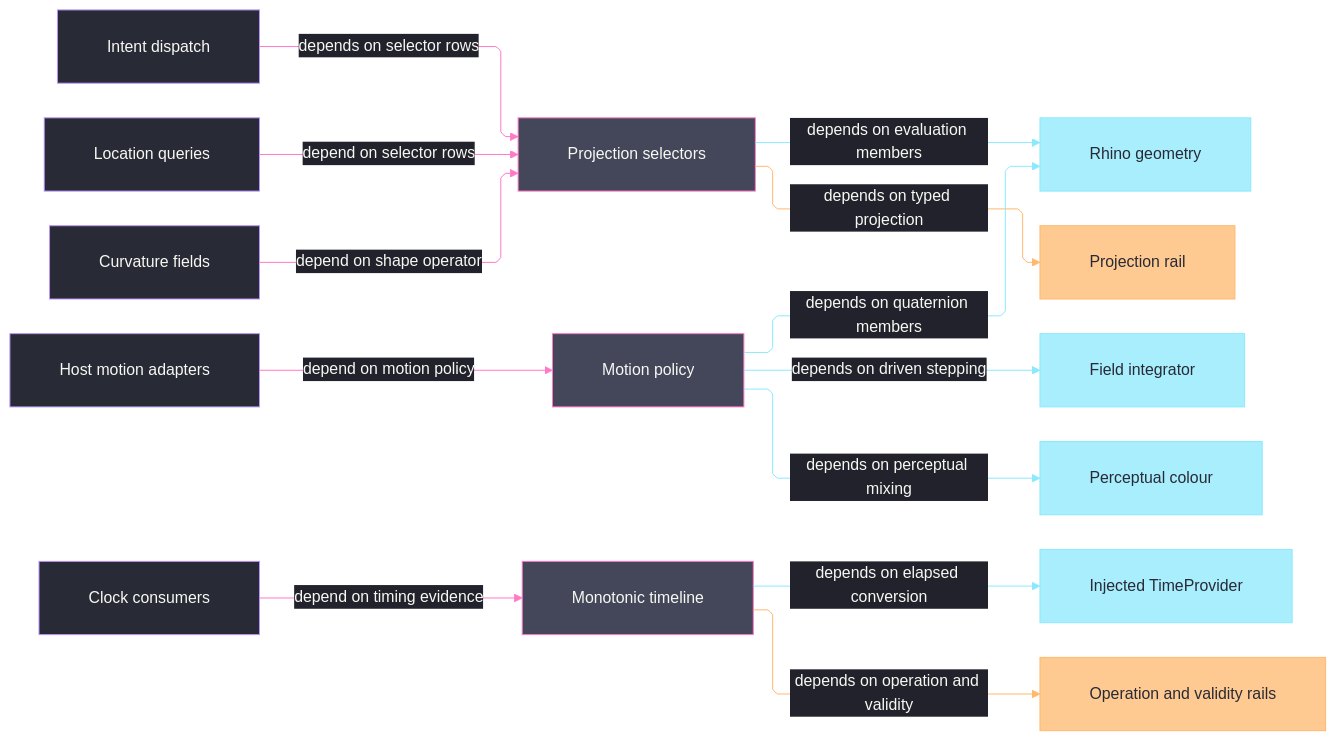
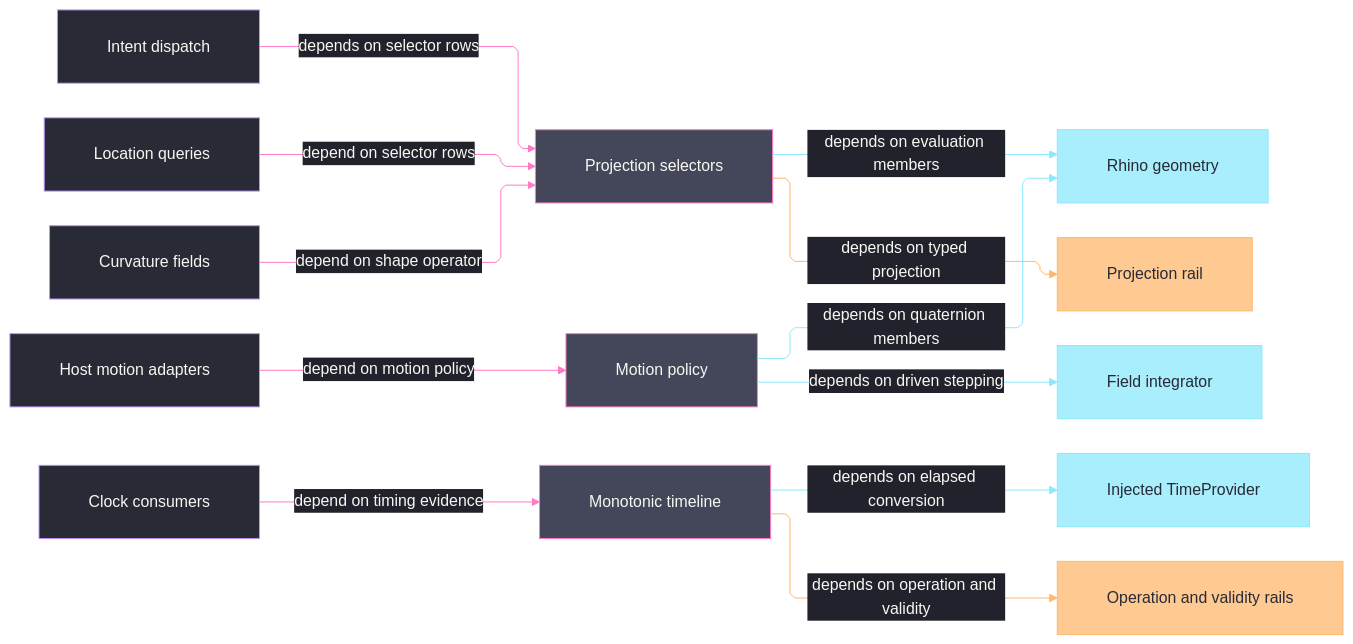
One commit to bsamiee/Rasm changed the diagram in libs/csharp/Rasm/.planning/Parametric/projections.md. Above: the diagram before and after it, drawn with Mermaid. The commit also changed other lines of this file and 95 other files, not shown here.

````diff
--- a/libs/csharp/Rasm/.planning/Parametric/projections.md
+++ b/libs/csharp/Rasm/.planning/Parametric/projections.md
@@ -606,61 +575,60 @@
 ```mermaid
 ---
 config:
   theme: base
   look: classic
   layout: elk
   elk:
     nodePlacementStrategy: NETWORK_SIMPLEX
     considerModelOrder: NODES_AND_EDGES
   flowchart:
     curve: linear
     padding: 25
   themeVariables:
     darkMode: true
     fontFamily: "SF Mono, Menlo, Cascadia Mono, Segoe UI Mono, Consolas, monospace"
     useGradient: false
     dropShadow: "none"
     background: "#282A36"
     primaryColor: "#44475A"
     primaryTextColor: "#F8F8F2"
     primaryBorderColor: "#BD93F9"
     mainBkg: "#44475A"
     nodeBorder: "#BD93F9"
     lineColor: "#FF79C6"
     arrowheadColor: "#FF79C6"
     textColor: "#F8F8F2"
     titleColor: "#D6BCFA"
     clusterBkg: "#21222C"
     clusterBorder: "#D6BCFA"
     edgeLabelBackground: "#21222C"
     labelBackgroundColor: "#21222C"
   themeCSS: ".nodeLabel{font-size:13px;font-weight:500}.edgeLabel{font-size:12px;font-weight:500}.cluster-label .nodeLabel{font-size:13.5px;font-weight:700;letter-spacing:.08em}.edge-thickness-normal{stroke-width:2px}.edge-thickness-thick{stroke-width:3px}.edge-pattern-dashed,.edge-pattern-dotted{stroke-width:1.5px;stroke-dasharray:4 6}.node rect,.node circle,.node polygon,.node path,.node .outer-path{stroke-width:1.5px;filter:none!important}.cluster rect{stroke-width:1px!important;stroke-dasharray:5 4!important;filter:none!important}.marker path{transform:scale(.8);transform-origin:5px 5px}.marker circle{transform:scale(.48);transform-origin:5px 5px}.edgeLabel rect{transform-box:fill-box;transform-origin:center;transform:scale(1.1,1.2)}"
 ---
 flowchart LR
     accTitle: Parametric projection dependency graph
     accDescr: Projection and timing owners depend on verified geometry, numerical, colour, rail, and monotonic-clock surfaces while host consumers depend only on those owners.
     Intent["Intent dispatch"] -->|"depends on selector rows"| Selectors["Projection selectors"]
     Locate["Location queries"] -->|"depend on selector rows"| Selectors
     Fields["Curvature fields"] -->|"depend on shape operator"| Selectors
     Hosts["Host motion adapters"] -->|"depend on motion policy"| Motion["Motion policy"]
     Consumers["Clock consumers"] -->|"depend on timing evidence"| Timeline["Monotonic timeline"]
     Selectors selectorRhino@-->|"depends on evaluation members"| Rhino["Rhino geometry"]
     Selectors selectorRail@-->|"depends on typed projection"| Projection["Projection rail"]
     Motion motionRhino@-->|"depends on quaternion members"| Rhino
     Motion motionStep@-->|"depends on driven stepping"| Integrator["Field integrator"]
-    Motion motionColour@-->|"depends on perceptual mixing"| Colour["Perceptual colour"]
     Timeline timelineProvider@-->|"depends on elapsed conversion"| Provider["Injected TimeProvider"]
     Timeline timelineRail@-->|"depends on operation and validity"| Rails["Operation and validity rails"]
     classDef primary fill:#44475A,stroke:#FF79C6,color:#F8F8F2
     classDef boundary fill:#282A36,stroke:#BD93F9,color:#F8F8F2
     classDef external fill:#8BE9FDBF,stroke:#8BE9FD,color:#282A36
     classDef data fill:#FFB86CBF,stroke:#FFB86C,color:#282A36
     classDef edgeExternal stroke:#8BE9FD,color:#F8F8F2
     classDef edgeData stroke:#FFB86C,color:#F8F8F2
     class Intent,Locate,Fields,Hosts,Consumers boundary
     class Selectors,Motion,Timeline primary
-    class Rhino,Integrator,Colour,Provider external
+    class Rhino,Integrator,Provider external
     class Projection,Rails data
-    class selectorRhino,motionRhino,motionStep,motionColour,timelineProvider edgeExternal
+    class selectorRhino,motionRhino,motionStep,timelineProvider edgeExternal
     class selectorRail,timelineRail edgeData
 ```
````
